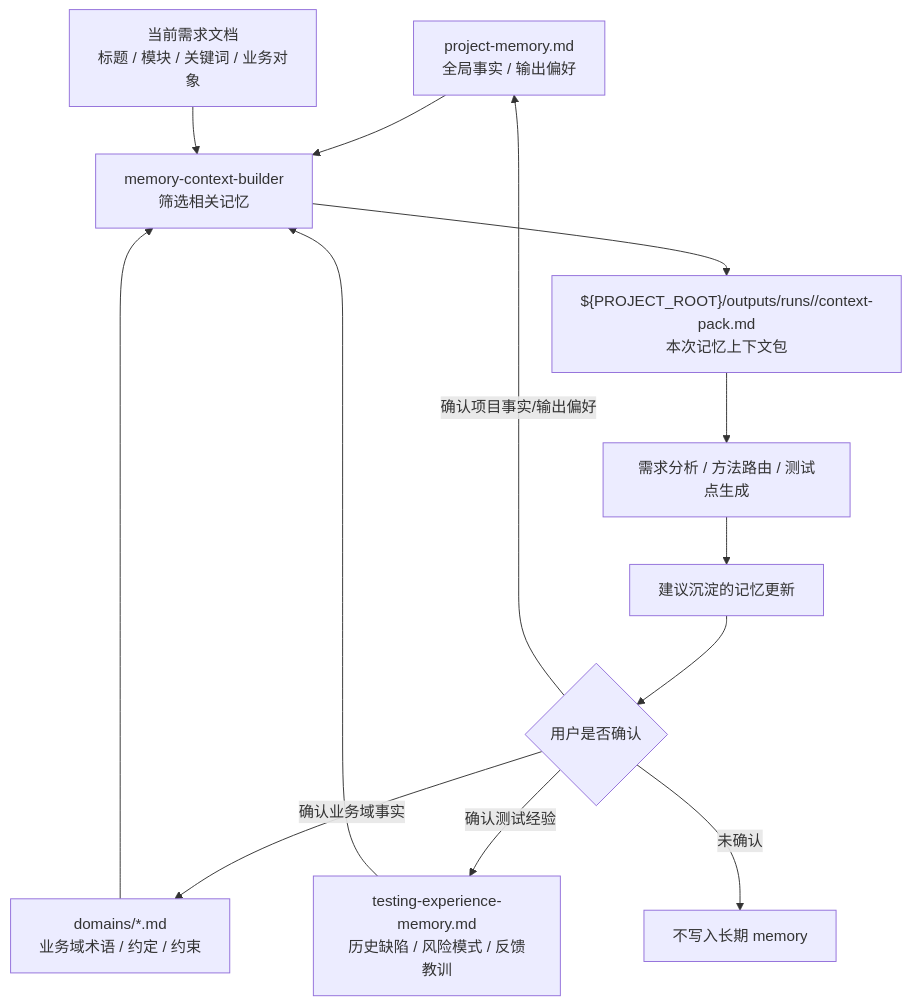
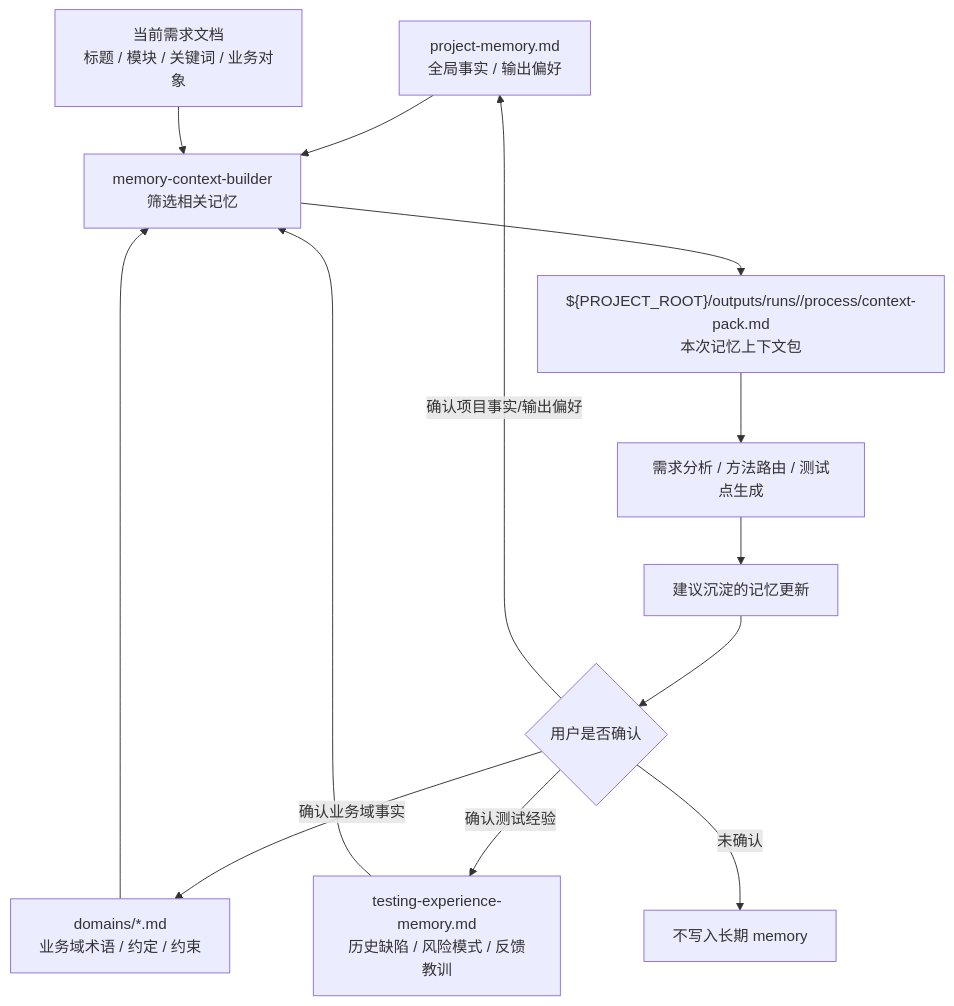
One commit to szluoqy-byte/Test-Analysis-Agent changed the sixth of 8 diagrams in docs/test-analysis-agent-design.md. Above: the diagram before and after it, drawn with Mermaid. The commit also changed other lines of this file and 55 other files, not shown here.

````diff
--- a/docs/test-analysis-agent-design.md
+++ b/docs/test-analysis-agent-design.md
@@ -355,15 +362,15 @@
 ```mermaid
 flowchart TD
   Project["project-memory.md\n全局事实 / 输出偏好"] --> Select["memory-context-builder\n筛选相关记忆"]
   Domains["domains/*.md\n业务域术语 / 约定 / 约束"] --> Select
   Experience["testing-experience-memory.md\n历史缺陷 / 风险模式 / 反馈教训"] --> Select
   Requirement["当前需求文档\n标题 / 模块 / 关键词 / 业务对象"] --> Select
-  Select --> Pack["${PROJECT_ROOT}/outputs/runs/<run-id>/context-pack.md\n本次记忆上下文包"]
+  Select --> Pack["${PROJECT_ROOT}/outputs/runs/<run-id>/process/context-pack.md\n本次记忆上下文包"]
   Pack --> Analysis["需求分析 / 方法路由 / 测试点生成"]
   Analysis --> Proposal["建议沉淀的记忆更新"]
   Proposal --> Confirm{"用户是否确认"}
   Confirm -- "确认项目事实/输出偏好" --> Project
   Confirm -- "确认业务域事实" --> Domains
   Confirm -- "确认测试经验" --> Experience
   Confirm -- "未确认" --> NoWrite["不写入长期 memory"]
 ```
````
